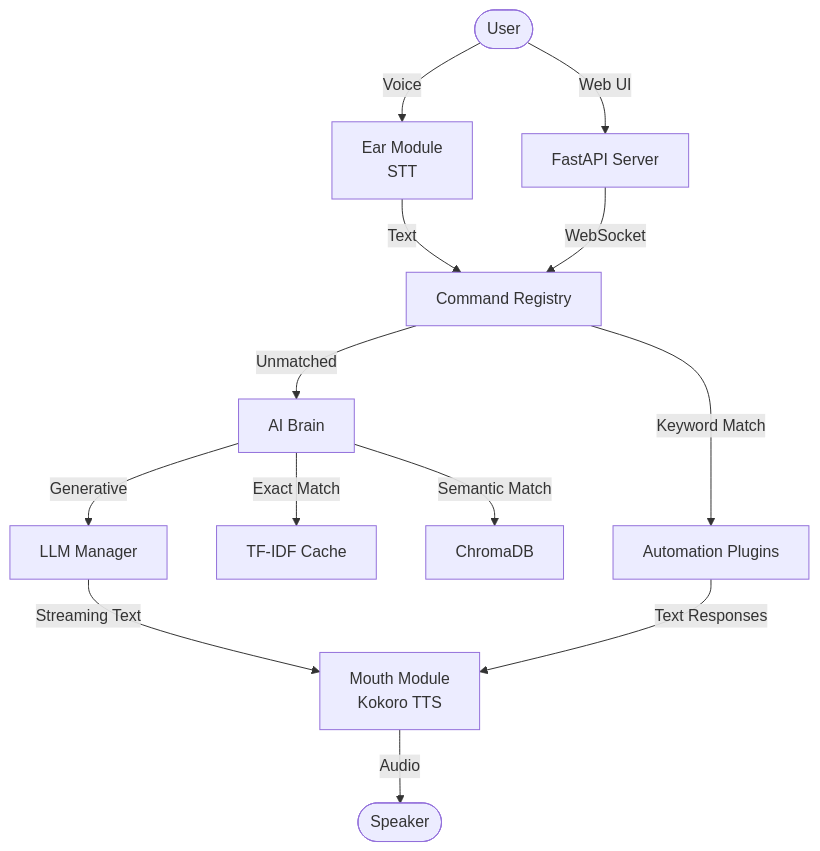
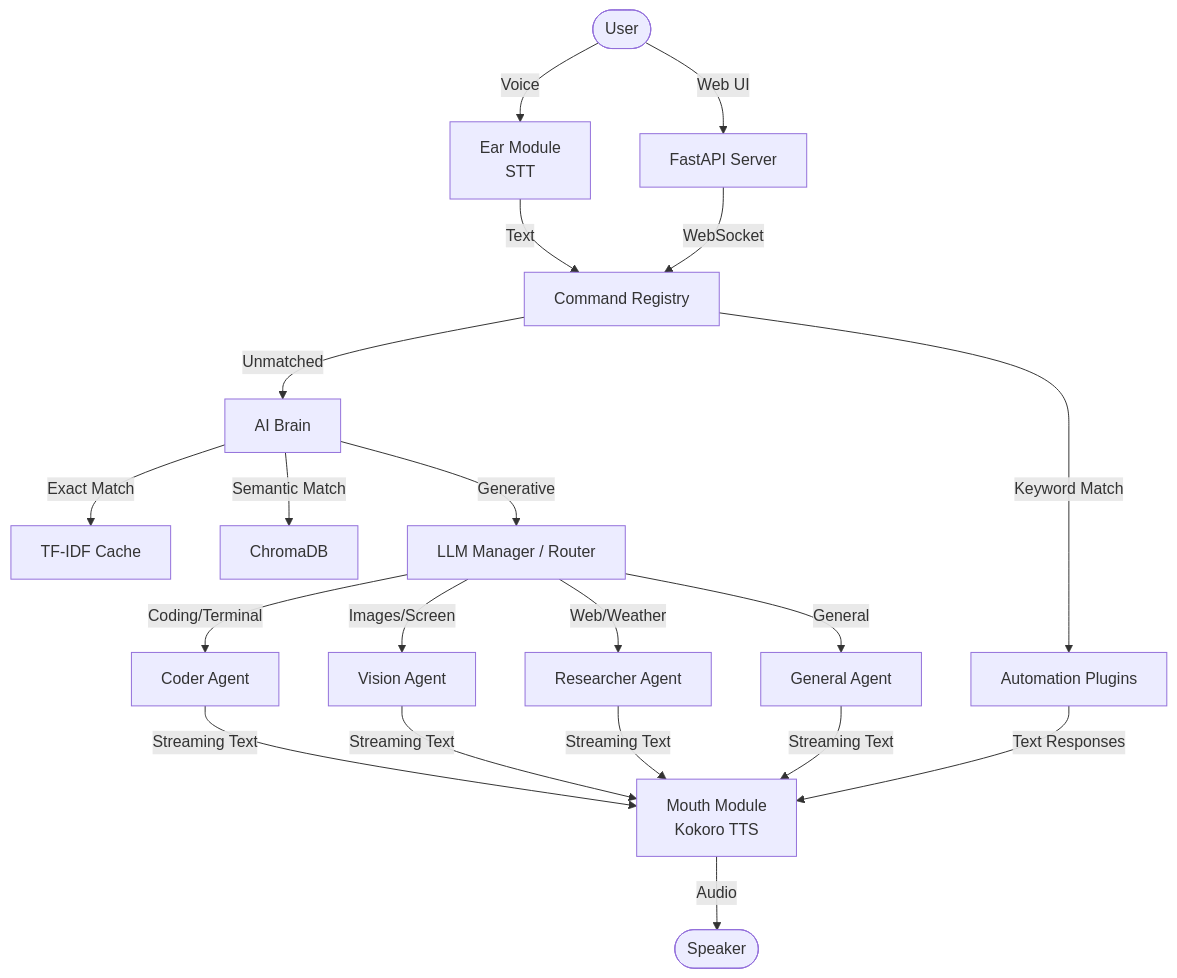
One commit to Arnab27622/Jarvis-2.0 changed the diagram in README.md. Above: the diagram before and after it, drawn with Mermaid. The commit also changed other lines of this file and 1 other file, not shown here.

````diff
--- a/README.md
+++ b/README.md
@@ -89,20 +93,28 @@
 ```mermaid
 flowchart TD
     User([User]) -->|Voice| Ear[Ear Module\nSTT]
     User -->|Web UI| Server[FastAPI Server]
     
     Ear -->|Text| Registry[Command Registry]
     Server -->|WebSocket| Registry
     
     Registry -->|Keyword Match| Commands[Automation Plugins]
     Registry -->|Unmatched| Brain[AI Brain]
     
     Brain -->|Exact Match| TFIDF[TF-IDF Cache]
     Brain -->|Semantic Match| Chroma[ChromaDB]
-    Brain -->|Generative| LLM[LLM Manager]
+    Brain -->|Generative| Router[LLM Manager / Router]
     
-    LLM -->|Streaming Text| Mouth[Mouth Module\nKokoro TTS]
+    Router -->|Coding/Terminal| Coder[Coder Agent]
+    Router -->|Images/Screen| Vision[Vision Agent]
+    Router -->|Web/Weather| Researcher[Researcher Agent]
+    Router -->|General| General[General Agent]
+    
+    Coder -->|Streaming Text| Mouth[Mouth Module\nKokoro TTS]
+    Vision -->|Streaming Text| Mouth
+    Researcher -->|Streaming Text| Mouth
+    General -->|Streaming Text| Mouth
+    
     Commands -->|Text Responses| Mouth
-    
     Mouth -->|Audio| Speaker([Speaker])
 ```
````
